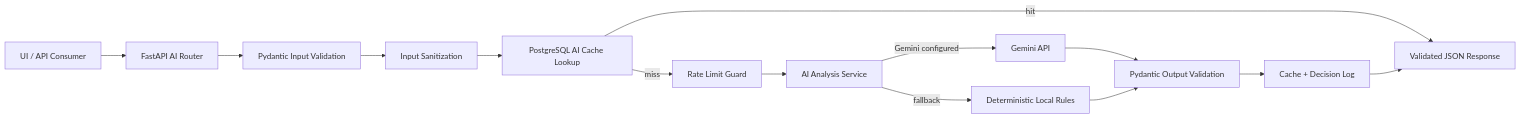
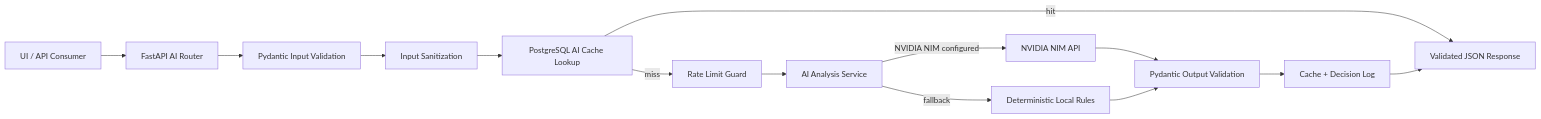
One commit to fraolk14/VAPT-project changed the diagram in vapt-platform/docs/ai-service.md. Above: the diagram before and after it, drawn with Mermaid. The commit also changed other lines of this file and 39 other files, not shown here.

````diff
--- a/vapt-platform/docs/ai-service.md
+++ b/vapt-platform/docs/ai-service.md
@@ -9,16 +9,16 @@
 ```mermaid
 flowchart LR
     Client["UI / API Consumer"] --> Router["FastAPI AI Router"]
     Router --> Validate["Pydantic Input Validation"]
     Validate --> Sanitize["Input Sanitization"]
     Sanitize --> Cache["PostgreSQL AI Cache Lookup"]
     Cache -->|hit| Return["Validated JSON Response"]
     Cache -->|miss| Limit["Rate Limit Guard"]
     Limit --> Engine["AI Analysis Service"]
-    Engine -->|Gemini configured| Gemini["Gemini API"]
+    Engine -->|NVIDIA NIM configured| Nim["NVIDIA NIM API"]
     Engine -->|fallback| Local["Deterministic Local Rules"]
-    Gemini --> ValidateOut["Pydantic Output Validation"]
+    Nim --> ValidateOut["Pydantic Output Validation"]
     Local --> ValidateOut
     ValidateOut --> Persist["Cache + Decision Log"]
     Persist --> Return
 ```
````
